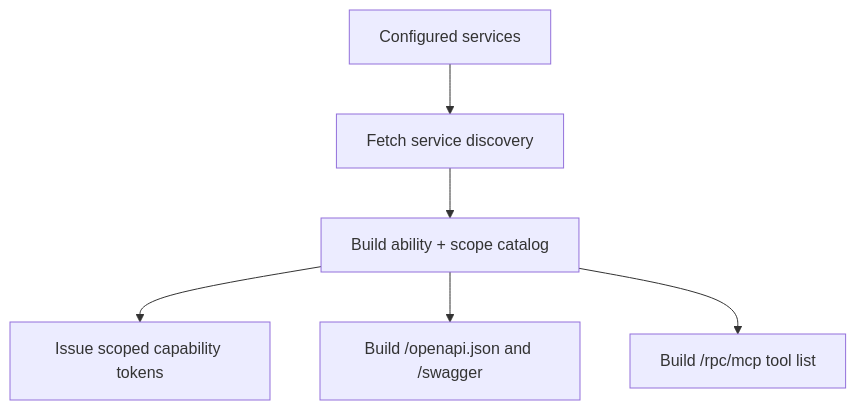
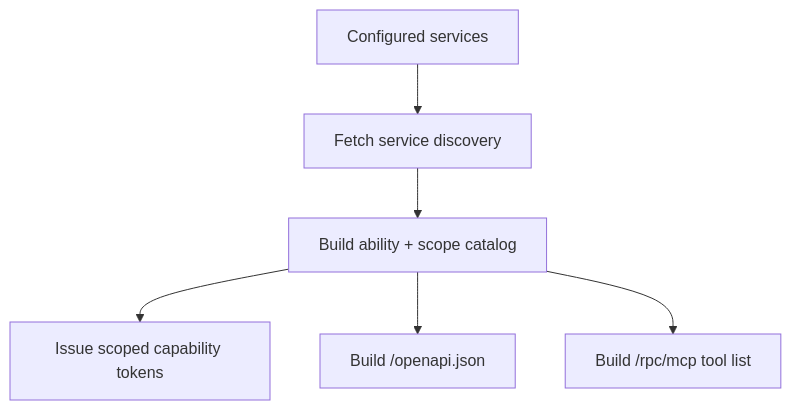
The diagram in docs/plane-creation.md (JUVOJustin/service-plane), drawn with Mermaid before and after one commit. The commit also changed other lines of this file and 35 other files, not shown here.

````diff
--- a/docs/plane-creation.md
+++ b/docs/plane-creation.md
@@ -44,8 +45,8 @@
 ```mermaid
 flowchart TD
   Services["Configured services"] --> Discovery["Fetch service discovery"]
   Discovery --> Catalog["Build ability + scope catalog"]
   Catalog --> STS["Issue scoped capability tokens"]
-  Catalog --> OpenAPI["Build /openapi.json and /swagger"]
+  Catalog --> OpenAPI["Build /openapi.json"]
   Catalog --> MCP["Build /rpc/mcp tool list"]
 ```
````
